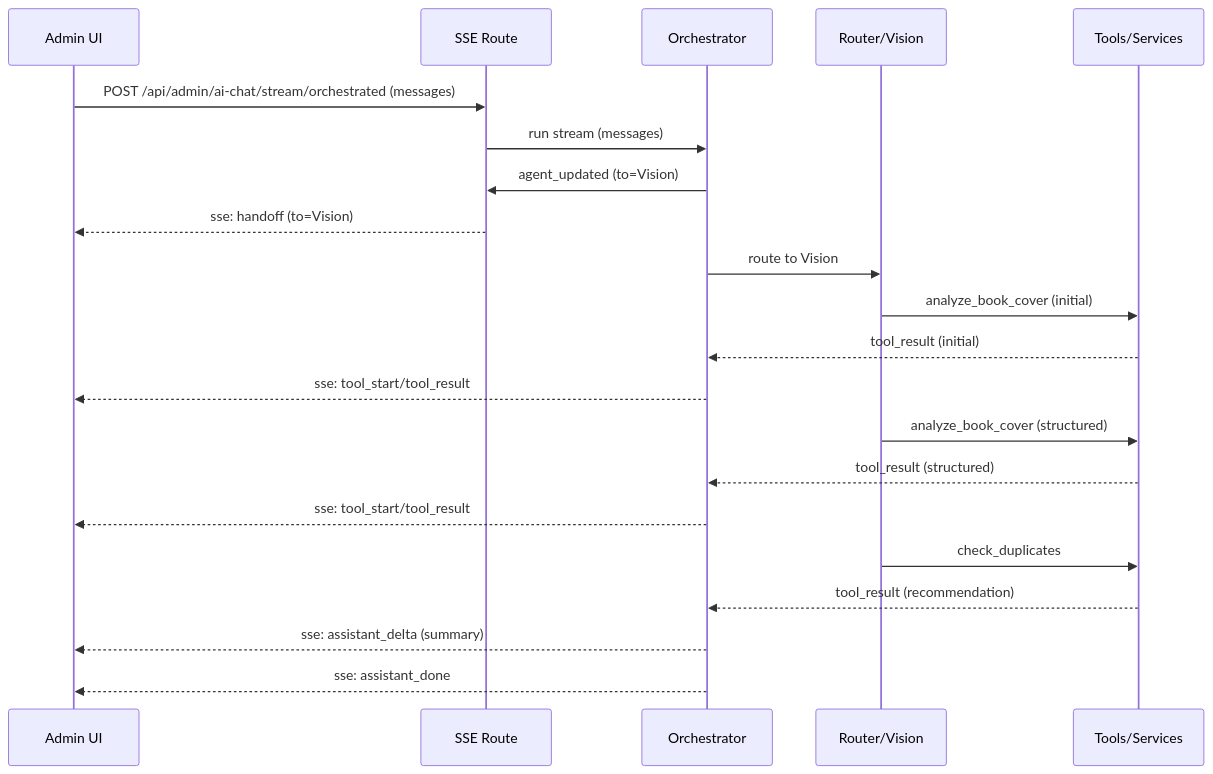
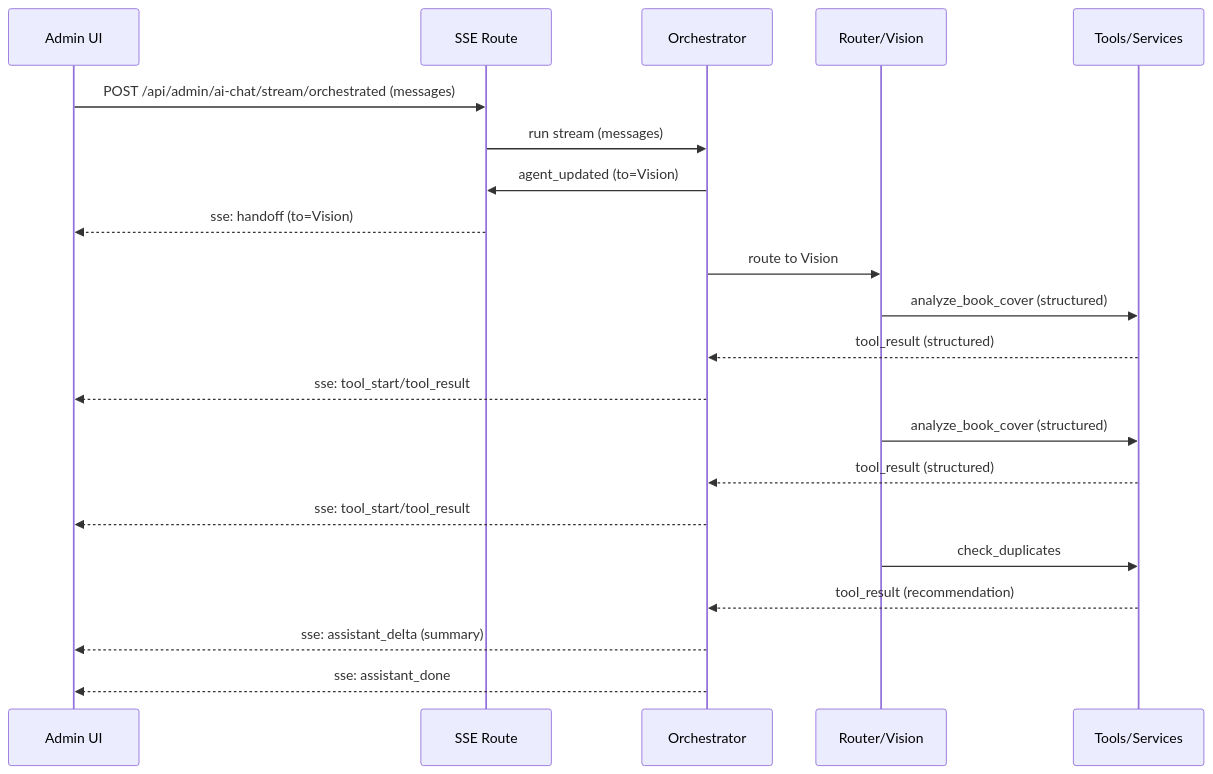
The second of 2 diagrams in src/lib/admin/README.md (minorole/booksite), drawn with Mermaid before and after one commit. The commit also changed other lines of this file and 41 other files, not shown here.

````diff
--- a/src/lib/admin/README.md
+++ b/src/lib/admin/README.md
@@ -81,24 +81,24 @@
 ```mermaid
 sequenceDiagram
   participant UI as Admin UI
   participant API as SSE Route
   participant ORC as Orchestrator
   participant AG as Router/Vision
   participant TO as Tools/Services
 
   UI->>API: POST /api/admin/ai-chat/stream/orchestrated (messages)
   API->>ORC: run stream (messages)
   ORC->>API: agent_updated (to=Vision)
   API-->>UI: sse: handoff (to=Vision)
   ORC->>AG: route to Vision
-  AG->>TO: analyze_book_cover (initial)
-  TO-->>ORC: tool_result (initial)
+  AG->>TO: analyze_book_cover (structured)
+  TO-->>ORC: tool_result (structured)
   ORC-->>UI: sse: tool_start/tool_result
   AG->>TO: analyze_book_cover (structured)
   TO-->>ORC: tool_result (structured)
   ORC-->>UI: sse: tool_start/tool_result
   AG->>TO: check_duplicates
   TO-->>ORC: tool_result (recommendation)
   ORC-->>UI: sse: assistant_delta (summary)
   ORC-->>UI: sse: assistant_done
 ```
````
